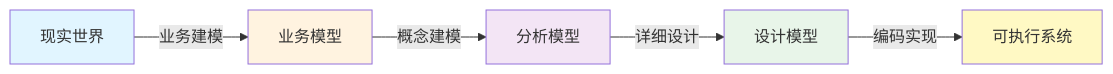
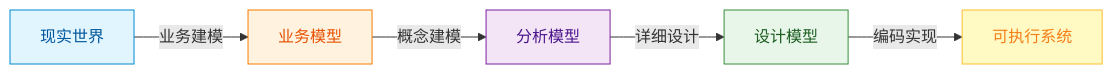
One commit to FreezeSoul/freezesoul.github.com changed the first of 14 diagrams in _posts/2012-12-15-thinking-in-uml.md. Above: the diagram before and after it, drawn with Mermaid. The commit also changed other lines of this file and 9 other files, not shown here.

Commit message:
修正mermaid配色与要求

````diff
--- a/_posts/2012-12-15-thinking-in-uml.md
+++ b/_posts/2012-12-15-thinking-in-uml.md
@@ -70,13 +70,13 @@
 ```mermaid
 graph LR
     A[现实世界] -->|业务建模| B[业务模型]
     B -->|概念建模| C[分析模型]
     C -->|详细设计| D[设计模型]
     D -->|编码实现| E[可执行系统]
 
-    style A fill:#e1f5ff
-    style B fill:#fff3e0
-    style C fill:#f3e5f5
-    style D fill:#e8f5e9
-    style E fill:#fff9c4
+    style A fill:#e1f5ff,stroke:#0288d1,color:#01579b
+    style B fill:#fff3e0,stroke:#f57c00,color:#e65100
+    style C fill:#f3e5f5,stroke:#7b1fa2,color:#4a148c
+    style D fill:#e8f5e9,stroke:#388e3c,color:#1b5e20
+    style E fill:#fff9c4,stroke:#fbc02d,color:#f57f17
 ```
````
